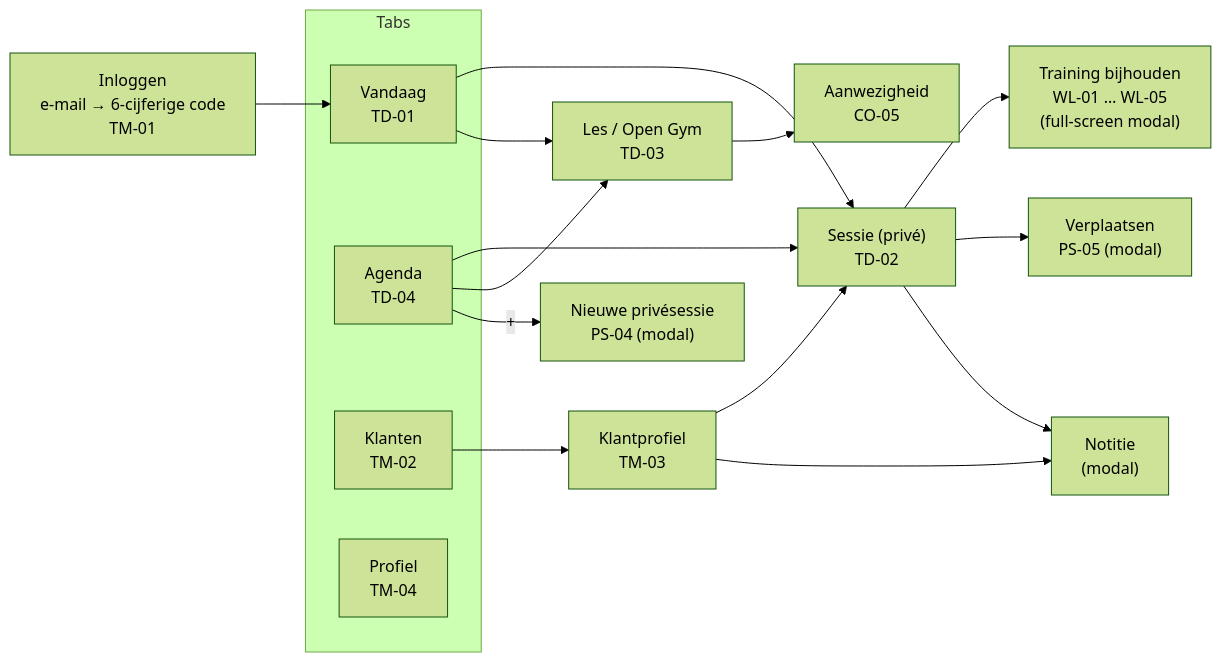
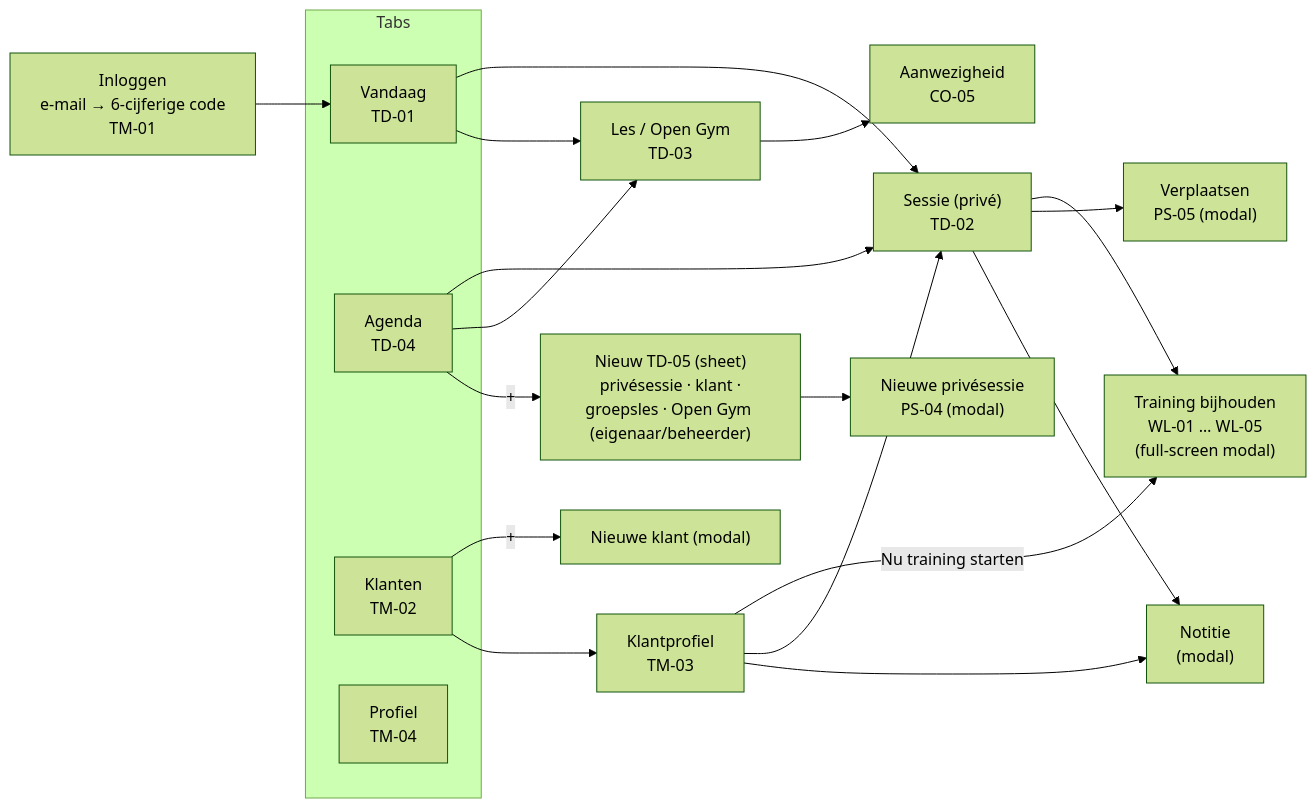
Before and after one commit to fivvi-app/fivvi: the third of 5 diagrams in docs/design/information-architecture.md, drawn with Mermaid (forest theme). The commit also changed other lines of this file and 10 other files, not shown here.

````diff
--- a/docs/design/information-architecture.md
+++ b/docs/design/information-architecture.md
@@ -241,24 +241,27 @@
 ```mermaid
 flowchart LR
   signin["Inloggen<br/>e-mail → 6-cijferige code<br/>TM-01"] --> today
 
   subgraph tabs["Tabs"]
     today["Vandaag<br/>TD-01"]
     agenda["Agenda<br/>TD-04"]
     klanten["Klanten<br/>TM-02"]
     profiel["Profiel<br/>TM-04"]
   end
 
   today --> sd["Sessie (privé)<br/>TD-02"]
   today --> cd["Les / Open Gym<br/>TD-03"]
   agenda --> sd
   agenda --> cd
-  agenda -- "+" --> create["Nieuwe privésessie<br/>PS-04 (modal)"]
+  agenda -- "+" --> nieuw["Nieuw TD-05 (sheet)<br/>privésessie · klant ·<br/>groepsles · Open Gym (eigenaar/beheerder)"]
+  nieuw --> create["Nieuwe privésessie<br/>PS-04 (modal)"]
+  klanten -- "+" --> newc["Nieuwe klant (modal)"]
+  cp -- "Nu training starten" --> logger
   klanten --> cp["Klantprofiel<br/>TM-03"]
   cp --> sd
   cp --> note["Notitie<br/>(modal)"]
   sd --> logger["Training bijhouden<br/>WL-01 … WL-05<br/>(full-screen modal)"]
   sd --> move["Verplaatsen<br/>PS-05 (modal)"]
   sd --> note
   cd --> att["Aanwezigheid<br/>CO-05"]
 ```
````
